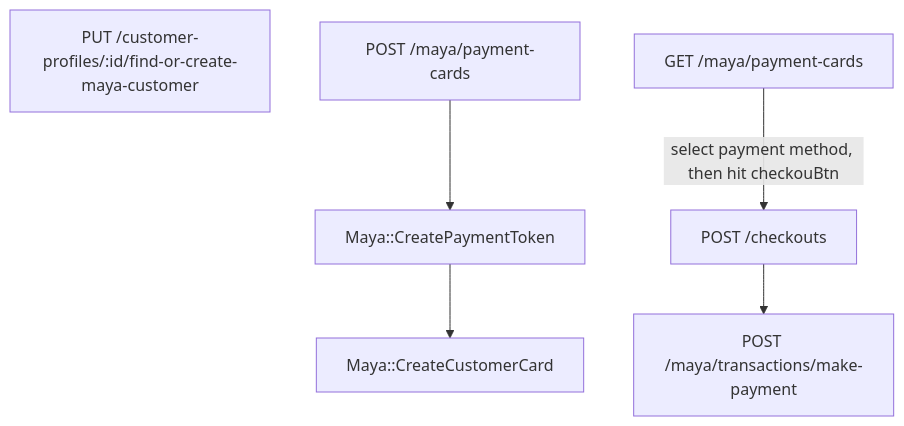
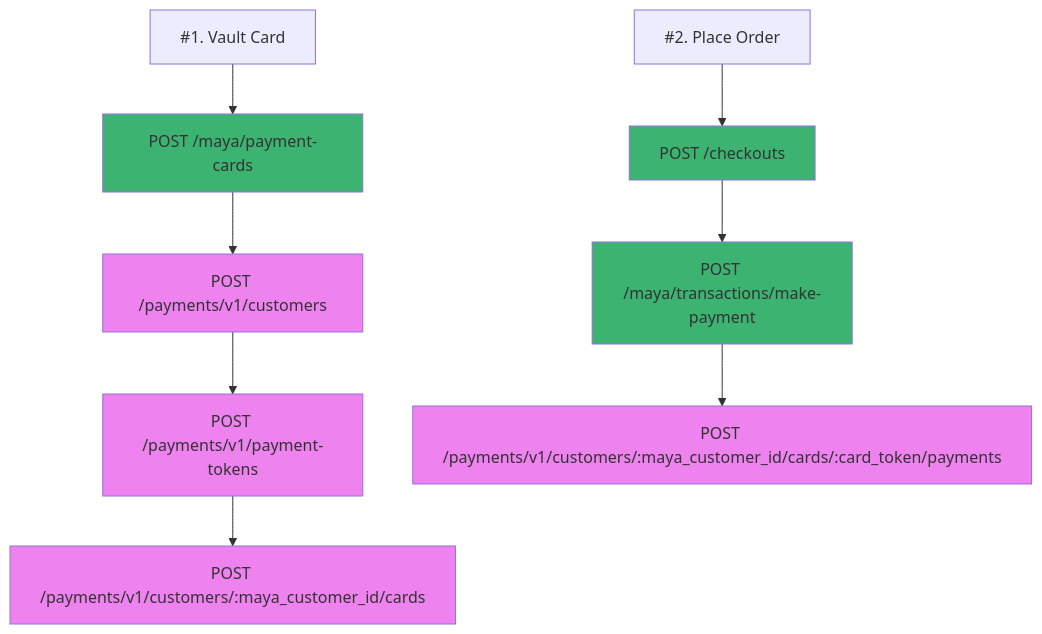
Before and after one commit to israelcoper/mermaid-diagram: the diagram in propose-maya-payment-card-flow.md, drawn with Mermaid.

````diff
--- a/propose-maya-payment-card-flow.md
+++ b/propose-maya-payment-card-flow.md
@@ -2,12 +2,21 @@
 ```mermaid
 ---
 title:
 ---
 flowchart TB;
-    A[PUT /customer-profiles/:id/find-or-create-maya-customer];
-    B[POST /maya/payment-cards]-->F[Maya::CreatePaymentToken];
-    F-->G[Maya::CreateCustomerCard];
-    C[GET /maya/payment-cards];
-    C-- select payment method, then hit checkouBtn -->D[POST /checkouts];
-    D-->E[POST /maya/transactions/make-payment];
+    style B fill:#3cb371
+    style F1 fill:#ee82ee
+    style F2 fill:#ee82ee
+    style F3 fill:#ee82ee
+    style E fill:#3cb371
+    style G fill:#3cb371
+    style H fill:#ee82ee
+    A["#1. Vault Card"]-->B[POST /maya/payment-cards];
+    B-->F1[POST /payments/v1/customers];
+    F1-->F2[POST /payments/v1/payment-tokens];
+    F2-->F3[POST /payments/v1/customers/:maya_customer_id/cards];
+    C["#2. Place Order"];
+    C-->E[POST /checkouts];
+    E-->G[POST /maya/transactions/make-payment];
+    G-->H[POST /payments/v1/customers/:maya_customer_id/cards/:card_token/payments];
 ```
````
